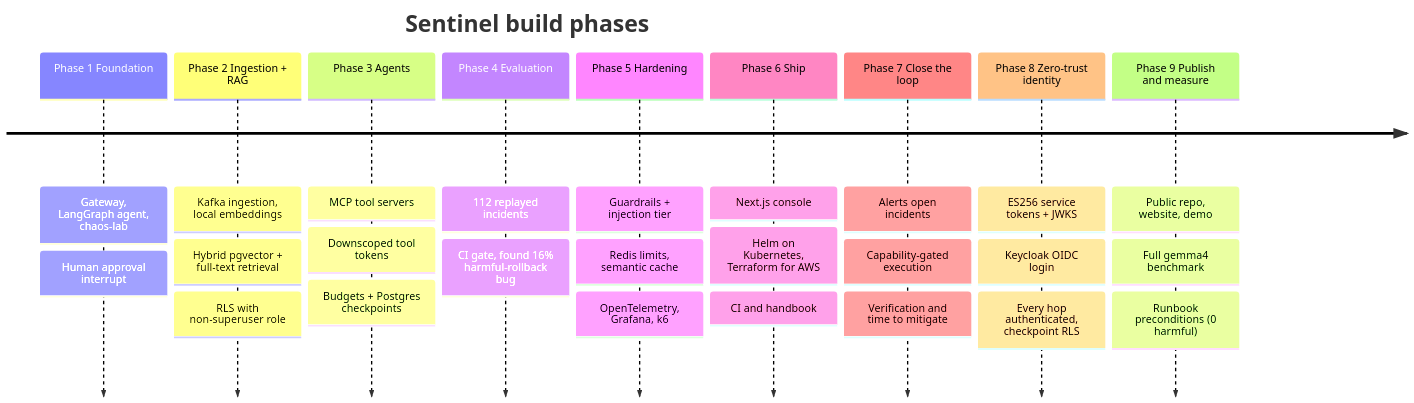
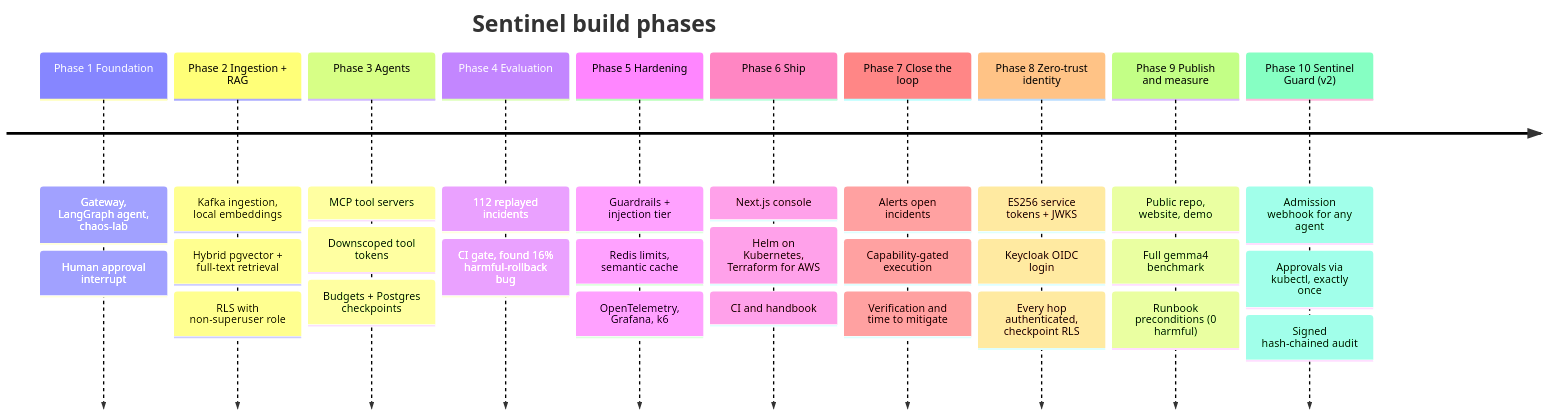
The diagram in docs/handbook/diagrams/01-timeline.mmd (abdulmdev/sentinel-incident-copilot), drawn with Mermaid before and after one commit. The commit also changed 90 other files, not shown here.

First line of the commit message:
Sentinel Guard (v2 alpha): envelope protection for any AI agent on Kubernetes

```diff
--- a/docs/handbook/diagrams/01-timeline.mmd
+++ b/docs/handbook/diagrams/01-timeline.mmd
@@ -1,11 +1,12 @@
 timeline
   title Sentinel build phases
   Phase 1 Foundation : Gateway, LangGraph agent, chaos-lab : Human approval interrupt
   Phase 2 Ingestion + RAG : Kafka ingestion, local embeddings : Hybrid pgvector + full-text retrieval : RLS with non-superuser role
   Phase 3 Agents : MCP tool servers : Downscoped tool tokens : Budgets + Postgres checkpoints
   Phase 4 Evaluation : 112 replayed incidents : CI gate, found 16% harmful-rollback bug
   Phase 5 Hardening : Guardrails + injection tier : Redis limits, semantic cache : OpenTelemetry, Grafana, k6
   Phase 6 Ship : Next.js console : Helm on Kubernetes, Terraform for AWS : CI and handbook
   Phase 7 Close the loop : Alerts open incidents : Capability-gated execution : Verification and time to mitigate
   Phase 8 Zero-trust identity : ES256 service tokens + JWKS : Keycloak OIDC login : Every hop authenticated, checkpoint RLS
   Phase 9 Publish and measure : Public repo, website, demo : Full gemma4 benchmark : Runbook preconditions (0 harmful)
+  Phase 10 Sentinel Guard (v2) : Admission webhook for any agent : Approvals via kubectl, exactly once : Signed hash-chained audit
```
